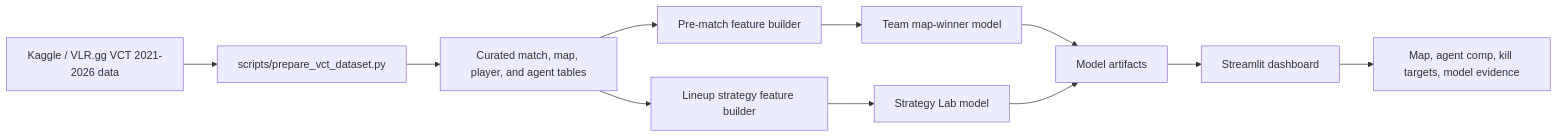
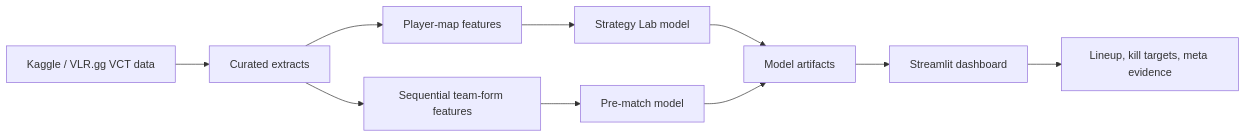
Before and after one commit to Ayush141910/valorpredict: the diagram in README.md, drawn with Mermaid. The commit also changed other lines of this file, not shown here.

````diff
--- a/README.md
+++ b/README.md
@@ -73,13 +60,12 @@
 ```mermaid
 flowchart LR
-    raw["Kaggle / VLR.gg VCT 2021-2026 data"] --> curate["scripts/prepare_vct_dataset.py"]
-    curate --> tables["Curated match, map, player, and agent tables"]
-    tables --> prematch["Pre-match feature builder"]
-    tables --> strategy["Lineup strategy feature builder"]
-    prematch --> team_model["Team map-winner model"]
-    strategy --> strategy_model["Strategy Lab model"]
-    team_model --> artifacts["Model artifacts"]
-    strategy_model --> artifacts
-    artifacts --> app["Streamlit dashboard"]
-    app --> user["Map, agent comp, kill targets, model evidence"]
+  A["Kaggle / VLR.gg VCT data"] --> B["Curated extracts"]
+  B --> C["Player-map features"]
+  B --> D["Sequential team-form features"]
+  C --> E["Strategy Lab model"]
+  D --> F["Pre-match model"]
+  E --> G["Model artifacts"]
+  F --> G
+  G --> H["Streamlit dashboard"]
+  H --> I["Lineup, kill targets, meta evidence"]
 ```
````
